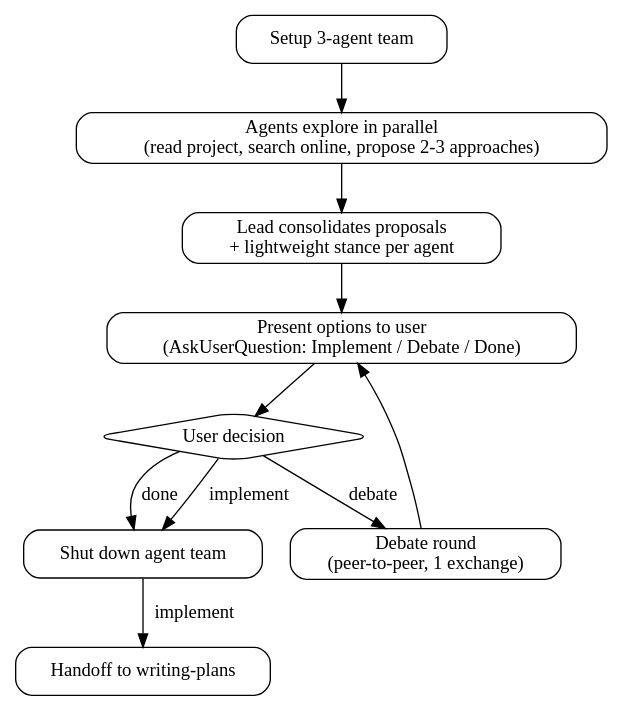
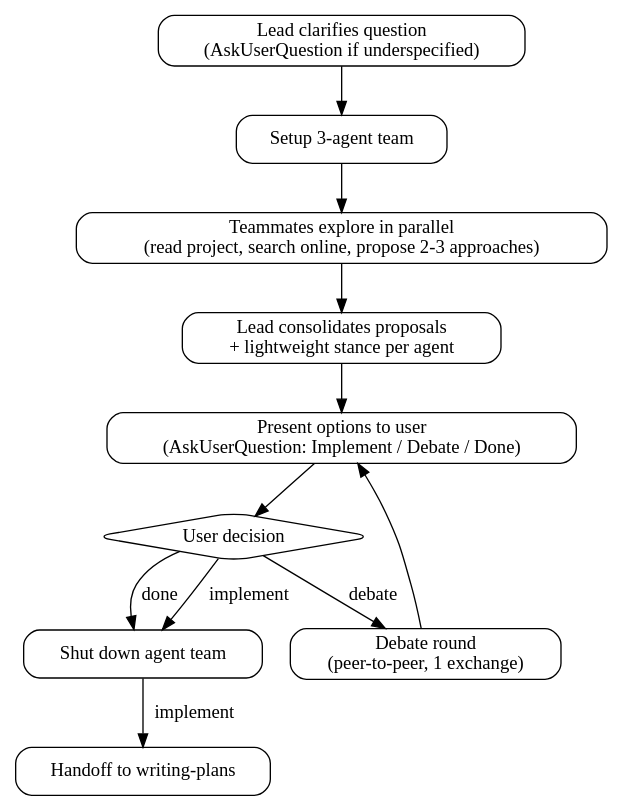
The diagram in skills/magi/SKILL.md (vinta/hal-9000), drawn with Graphviz before and after one commit. The commit also changed other lines of this file, not shown here.

First line of the commit message:
feat(magi): add clarify step and restructure teammate checklist

````diff
--- a/skills/magi/SKILL.md
+++ b/skills/magi/SKILL.md
@@ -38,25 +39,27 @@
 ```dot
 digraph magi {
     rankdir=TB;
     node [shape=box, style=rounded];
 
+    clarify [label="Lead clarifies question\n(AskUserQuestion if underspecified)"];
     setup [label="Setup 3-agent team"];
-    explore [label="Agents explore in parallel\n(read project, search online, propose 2-3 approaches)"];
+    explore [label="Teammates explore in parallel\n(read project, search online, propose 2-3 approaches)"];
     consolidate [label="Lead consolidates proposals\n+ lightweight stance per agent"];
     present [label="Present options to user\n(AskUserQuestion: Implement / Debate / Done)"];
     decide [label="User decision" shape=diamond];
     debate [label="Debate round\n(peer-to-peer, 1 exchange)"];
     teardown [label="Shut down agent team"];
     handoff [label="Handoff to writing-plans"];
 
+    clarify -> setup;
     setup -> explore;
     explore -> consolidate;
     consolidate -> present;
     present -> decide;
     decide -> debate [label="debate"];
     decide -> teardown [label="done"];
     decide -> teardown [label="implement"];
     teardown -> handoff [label="implement"];
     debate -> present;
 }
 ```
````
